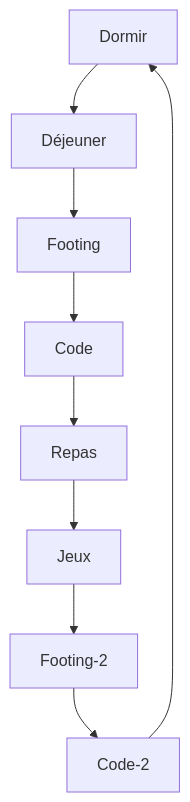
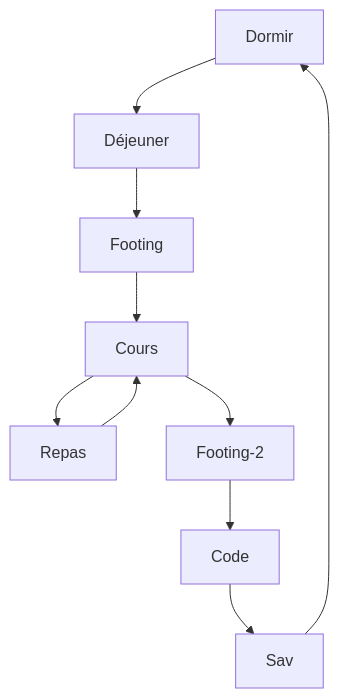
One commit to XStorm-official/XStorm changed the diagram in README.md. Above: the diagram before and after it, drawn with Mermaid. The commit also changed other lines of this file, not shown here.

````diff
--- a/README.md
+++ b/README.md
@@ -24,11 +23,12 @@
 ```mermaid
   graph TD;
       Dormir-->Déjeuner;
       Déjeuner-->Footing;
-      Footing-->Code;
-      Code-->Repas;
-      Repas-->Jeux;
-      Jeux-->Footing-2;
-      Footing-2-->Code-2;
-      Code-2-->Dormir;
+      Footing-->Cours;
+      Cours-->Repas;
+      Repas-->Cours;
+      Cours-->Footing-2;
+      Footing-2-->Code;
+      Code-->Sav;
+      Sav-->Dormir;
 ```
````
